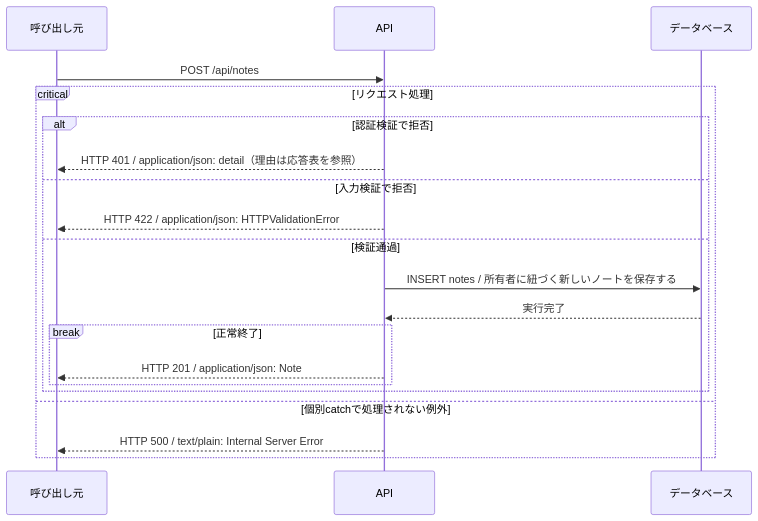
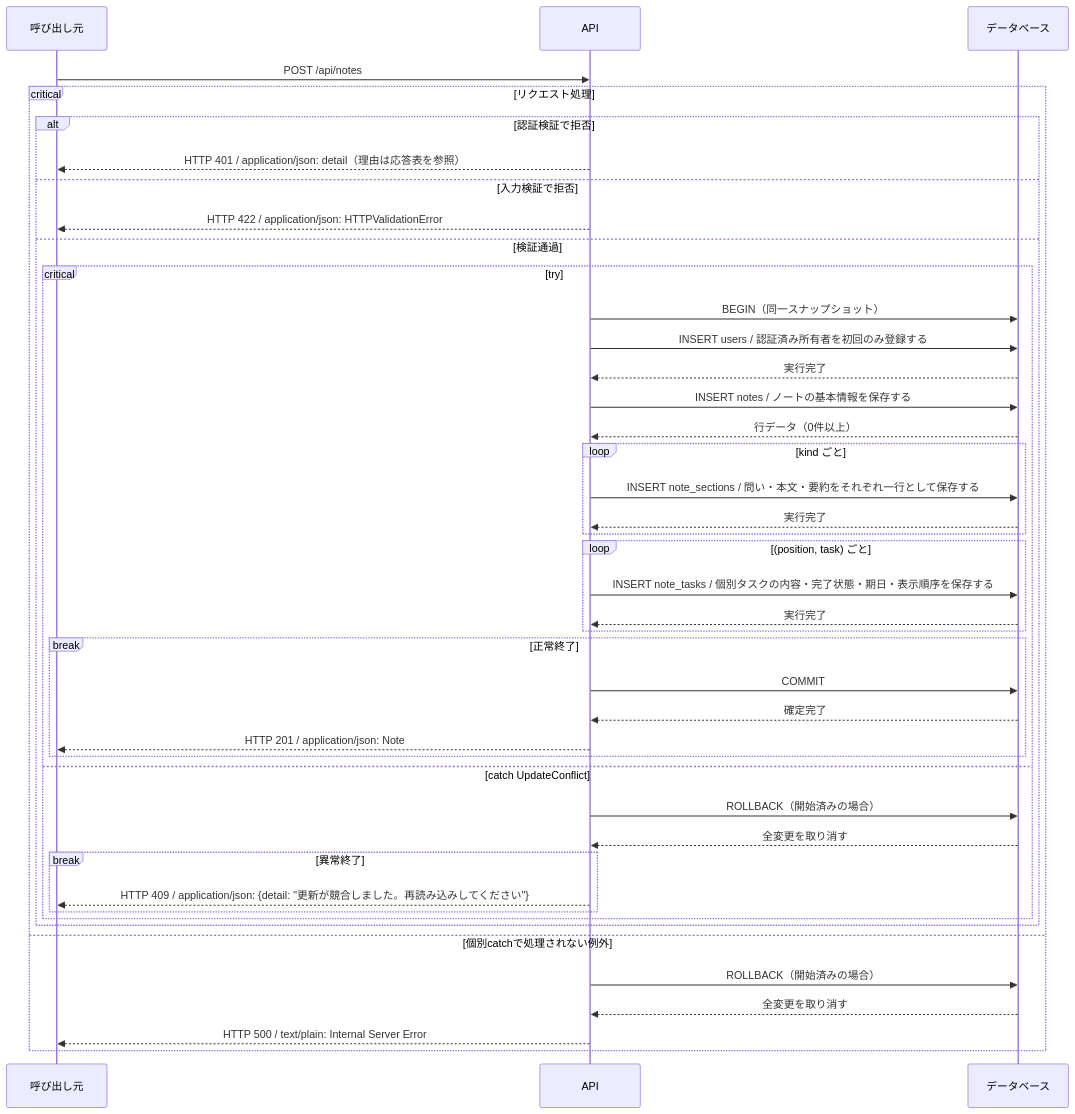
Before and after one commit to tsuji-tomonori/CornellNoteWebv2: the diagram in docs/generated/apis/create_note/sequence.gen.md, drawn with Mermaid. The commit also changed other lines of this file and 194 other files, not shown here.

````diff
--- a/docs/generated/apis/create_note/sequence.gen.md
+++ b/docs/generated/apis/create_note/sequence.gen.md
@@ -22,22 +22,45 @@
 ```mermaid
 sequenceDiagram
     participant C as 呼び出し元
     participant A as API
     participant D as データベース
     C->>A: POST /api/notes
     critical リクエスト処理
     alt 認証検証で拒否
     A-->>C: HTTP 401 / application/json: detail（理由は応答表を参照）
     else 入力検証で拒否
     A-->>C: HTTP 422 / application/json: HTTPValidationError
     else 検証通過
-    A->>D: INSERT notes / 所有者に紐づく新しいノートを保存する
+    critical try
+    A->>D: BEGIN（同一スナップショット）
+    A->>D: INSERT users / 認証済み所有者を初回のみ登録する
     D-->>A: 実行完了
+    A->>D: INSERT notes / ノートの基本情報を保存する
+    D-->>A: 行データ（0件以上）
+    loop kind ごと
+    A->>D: INSERT note_sections / 問い・本文・要約をそれぞれ一行として保存する
+    D-->>A: 実行完了
+    end
+    loop (position, task) ごと
+    A->>D: INSERT note_tasks / 個別タスクの内容・完了状態・期日・表示順序を保存する
+    D-->>A: 実行完了
+    end
     break 正常終了
+    A->>D: COMMIT
+    D-->>A: 確定完了
     A-->>C: HTTP 201 / application/json: Note
+    end
+    option catch UpdateConflict
+    A->>D: ROLLBACK（開始済みの場合）
+    D-->>A: 全変更を取り消す
+    break 異常終了
+    A-->>C: HTTP 409 / application/json: {detail: #quot;更新が競合しました。再読み込みしてください#quot;}
+    end
     end
     end
     option 個別catchで処理されない例外
+    A->>D: ROLLBACK（開始済みの場合）
+    D-->>A: 全変更を取り消す
     A-->>C: HTTP 500 / text/plain: Internal Server Error
     end
 ```
````
